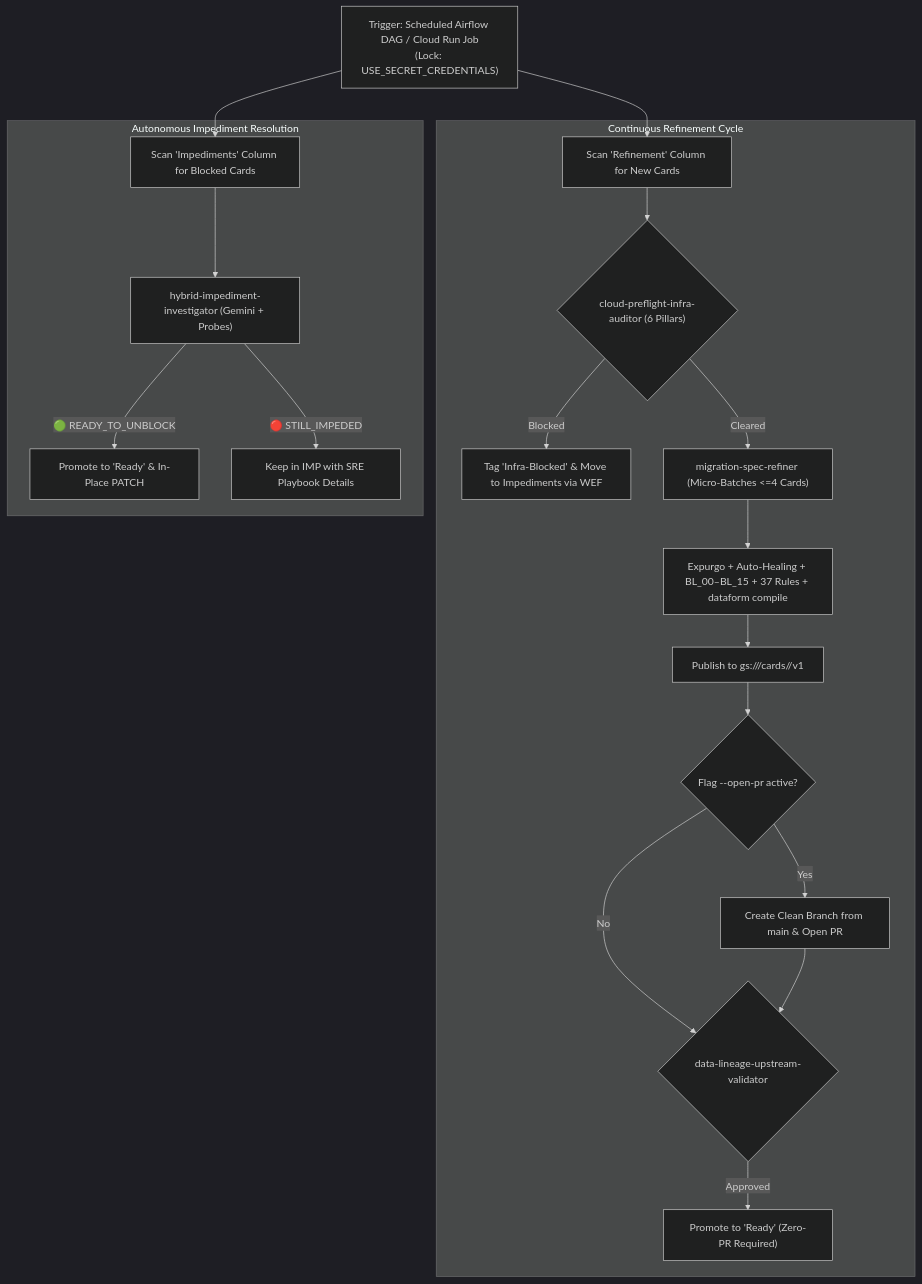
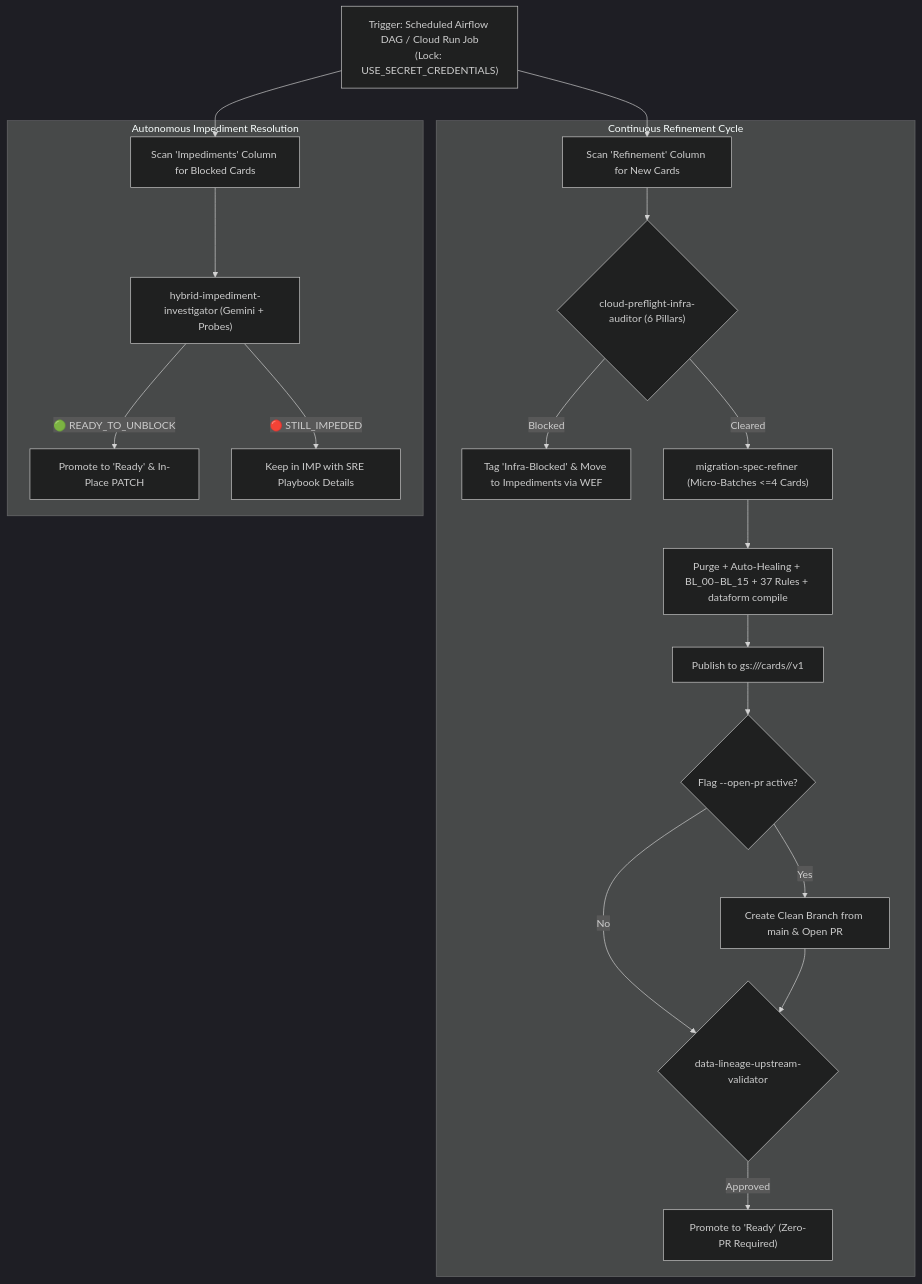
Before and after one commit to mvsimao/agent-skills: the fifth of 5 diagrams in README.md, drawn with Mermaid (dark theme). The commit also changed other lines of this file and 9 other files, not shown here.

````diff
--- a/README.md
+++ b/README.md
@@ -273,24 +273,24 @@
 ```mermaid
 flowchart TD
     START["Trigger: Scheduled Airflow DAG / Cloud Run Job\n(Lock: USE_SECRET_CREDENTIALS)"] --> SCAN1["Scan 'Refinement' Column for New Cards"]
     START --> SCAN2["Scan 'Impediments' Column for Blocked Cards"]
 
     subgraph REFINE_LOOP["Continuous Refinement Cycle"]
         SCAN1 --> PF{"cloud-preflight-infra-auditor (6 Pillars)"}
         PF -->|Blocked| TAG_IMP["Tag 'Infra-Blocked' & Move to Impediments via WEF"]
         PF -->|Cleared| REF["migration-spec-refiner (Micro-Batches <=4 Cards)"]
-        REF --> HEAL_GATE["Expurgo + Auto-Healing + BL_00–BL_15 + 37 Rules + dataform compile"]
+        REF --> HEAL_GATE["Purge + Auto-Healing + BL_00–BL_15 + 37 Rules + dataform compile"]
         HEAL_GATE --> PUB_GCS["Publish to gs://<artifacts-bucket>/cards/<id>/v1"]
         PUB_GCS --> OPT_PR{"Flag --open-pr active?"}
         OPT_PR -->|Yes| OPEN_PR["Create Clean Branch from main & Open PR"]
         OPT_PR -->|No| LIN_CHECK{"data-lineage-upstream-validator"}
         OPEN_PR --> LIN_CHECK
         LIN_CHECK -->|Approved| PROMOTE["Promote to 'Ready' (Zero-PR Required)"]
     end
 
     subgraph UNBLOCK_LOOP["Autonomous Impediment Resolution"]
         SCAN2 --> HYBRID["hybrid-impediment-investigator (Gemini + Probes)"]
         HYBRID -->|🟢 READY_TO_UNBLOCK| PROMOTE2["Promote to 'Ready' & In-Place PATCH"]
         HYBRID -->|🔴 STILL_IMPEDED| KEEP["Keep in IMP with SRE Playbook Details"]
     end
 ```
````
